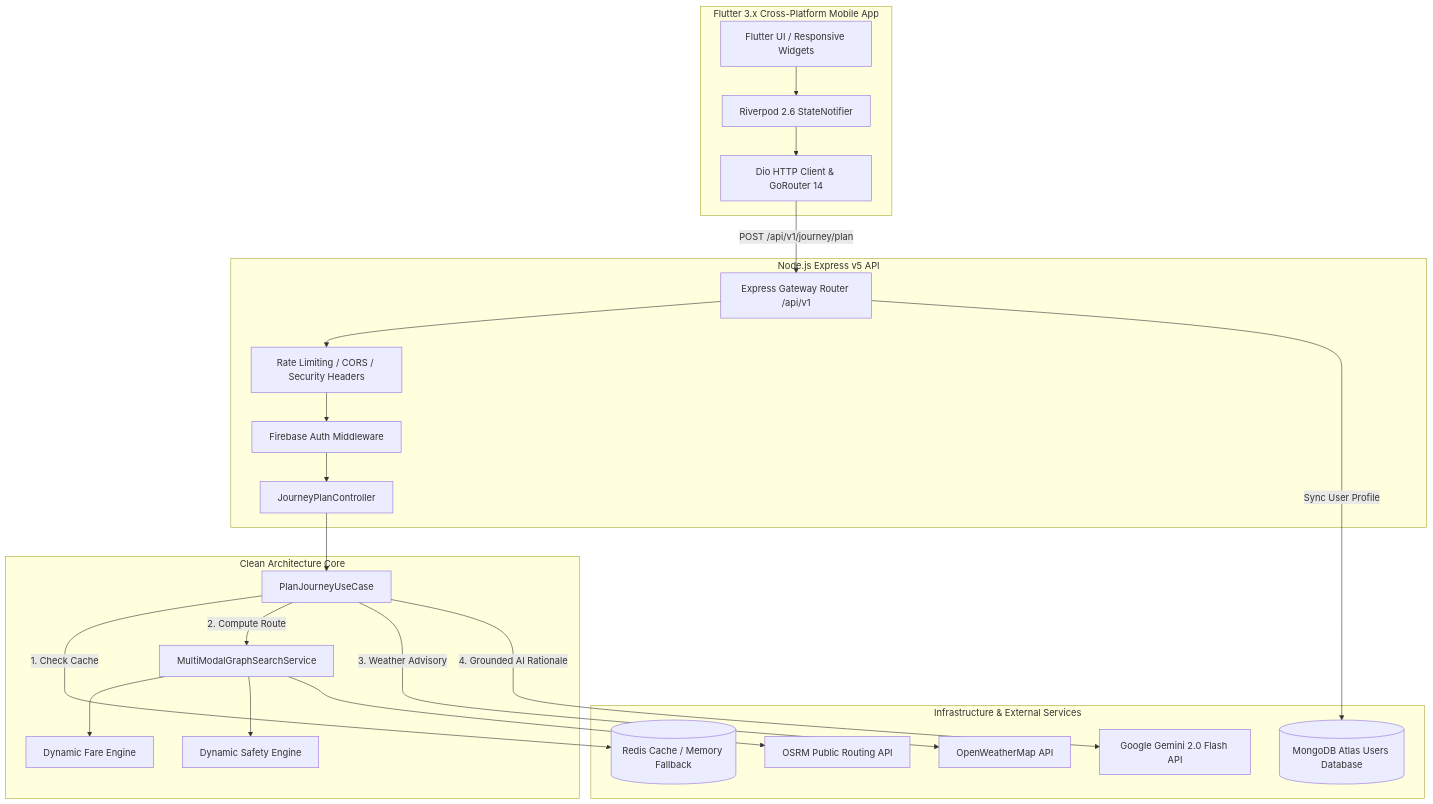
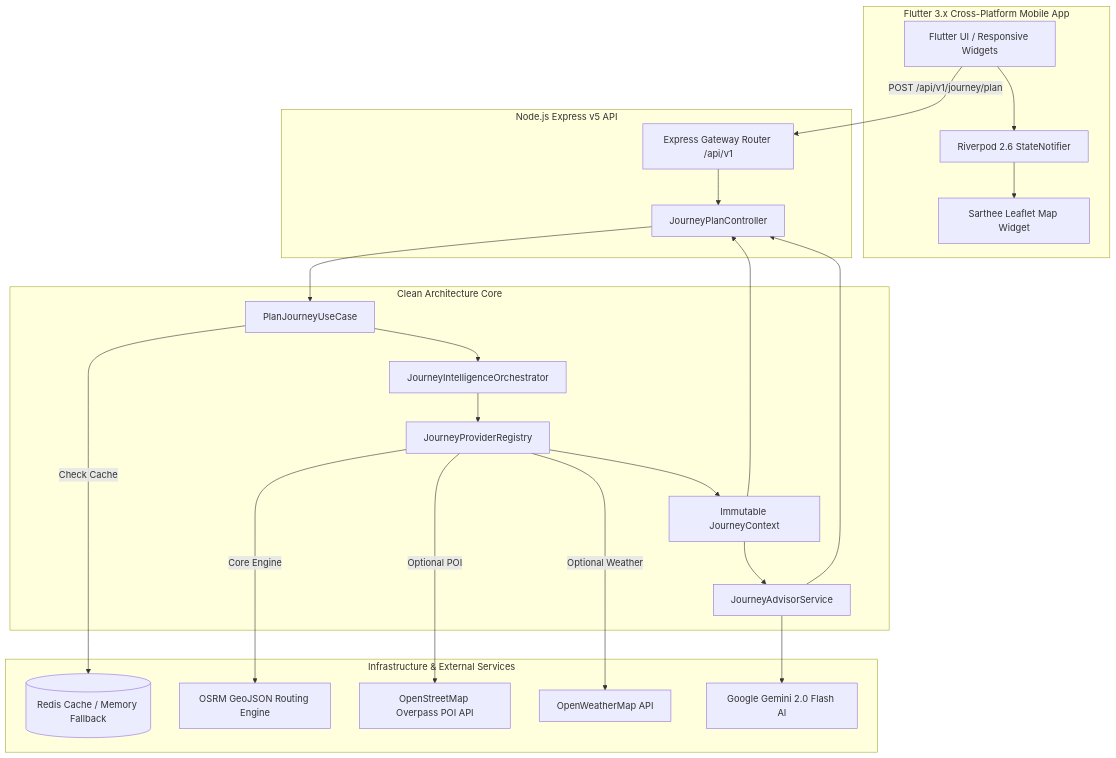
The first of 4 diagrams in docs/ARCHITECTURE.md (vivek-kumar-kandu/Sarthee-AI), drawn with Mermaid before and after one commit. The commit also changed 14 other files, not shown here.

Commit message:
fix(security): sanitize all test scripts, documentation examples, and fix journey router import

````diff
--- a/docs/ARCHITECTURE.md
+++ b/docs/ARCHITECTURE.md
@@ -9,43 +9,40 @@
 ```mermaid
 graph TD
     subgraph Client Layer [Flutter 3.x Cross-Platform Mobile App]
         UI[Flutter UI / Responsive Widgets]
         RP[Riverpod 2.6 StateNotifier]
-        DIO[Dio HTTP Client & GoRouter 14]
+        MAP[Sarthee Leaflet Map Widget]
     end
 
     subgraph Gateway Layer [Node.js Express v5 API]
         GW[Express Gateway Router /api/v1]
-        MW[Rate Limiting / CORS / Security Headers]
-        AUTH_MW[Firebase Auth Middleware]
         CTRL[JourneyPlanController]
     end
 
-    subgraph Application & Domain Layer [Clean Architecture Core]
+    subgraph Orchestration & Intelligence Layer [Clean Architecture Core]
         UC[PlanJourneyUseCase]
-        MMGS[MultiModalGraphSearchService]
-        DFE[Dynamic Fare Engine]
-        DSE[Dynamic Safety Engine]
+        JIO[JourneyIntelligenceOrchestrator]
+        REG[JourneyProviderRegistry]
+        JAS[JourneyAdvisorService]
+        JC[Immutable JourneyContext]
     end
 
     subgraph Infrastructure & External Services
         REDIS[(Redis Cache / Memory Fallback)]
-        MONGO[(MongoDB Atlas Users Database)]
-        OSRM[OSRM Public Routing API]
+        OSRM[OSRM GeoJSON Routing Engine]
+        OVERPASS[OpenStreetMap Overpass POI API]
         OWM[OpenWeatherMap API]
-        GEMINI[Google Gemini 2.0 Flash API]
+        GEMINI[Google Gemini 2.0 Flash AI]
     end
 
-    UI --> RP --> DIO
-    DIO -->|POST /api/v1/journey/plan| GW
-    GW --> MW --> AUTH_MW --> CTRL
-    CTRL --> UC
-    UC -->|1. Check Cache| REDIS
-    UC -->|2. Compute Route| MMGS
-    MMGS --> DFE
-    MMGS --> DSE
-    MMGS --> OSRM
-    UC -->|3. Weather Advisory| OWM
-    UC -->|4. Grounded AI Rationale| GEMINI
-    GW -->|Sync User Profile| MONGO
+    UI --> RP --> MAP
+    UI -->|POST /api/v1/journey/plan| GW --> CTRL --> UC
+    UC -->|Check Cache| REDIS
+    UC --> JIO --> REG
+    REG -->|Core Engine| OSRM
+    REG -->|Optional POI| OVERPASS
+    REG -->|Optional Weather| OWM
+    REG --> JC
+    JC --> JAS --> GEMINI
+    JC & JAS --> CTRL
 ```
````
